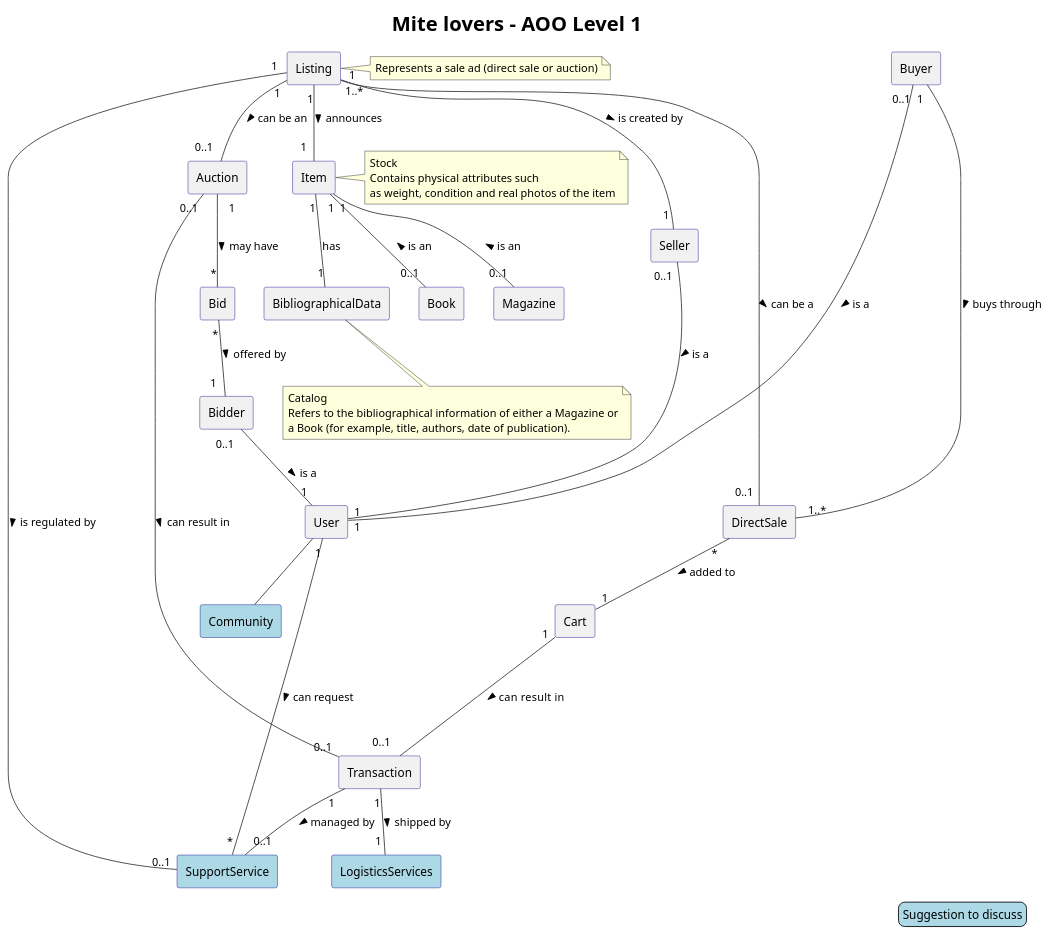
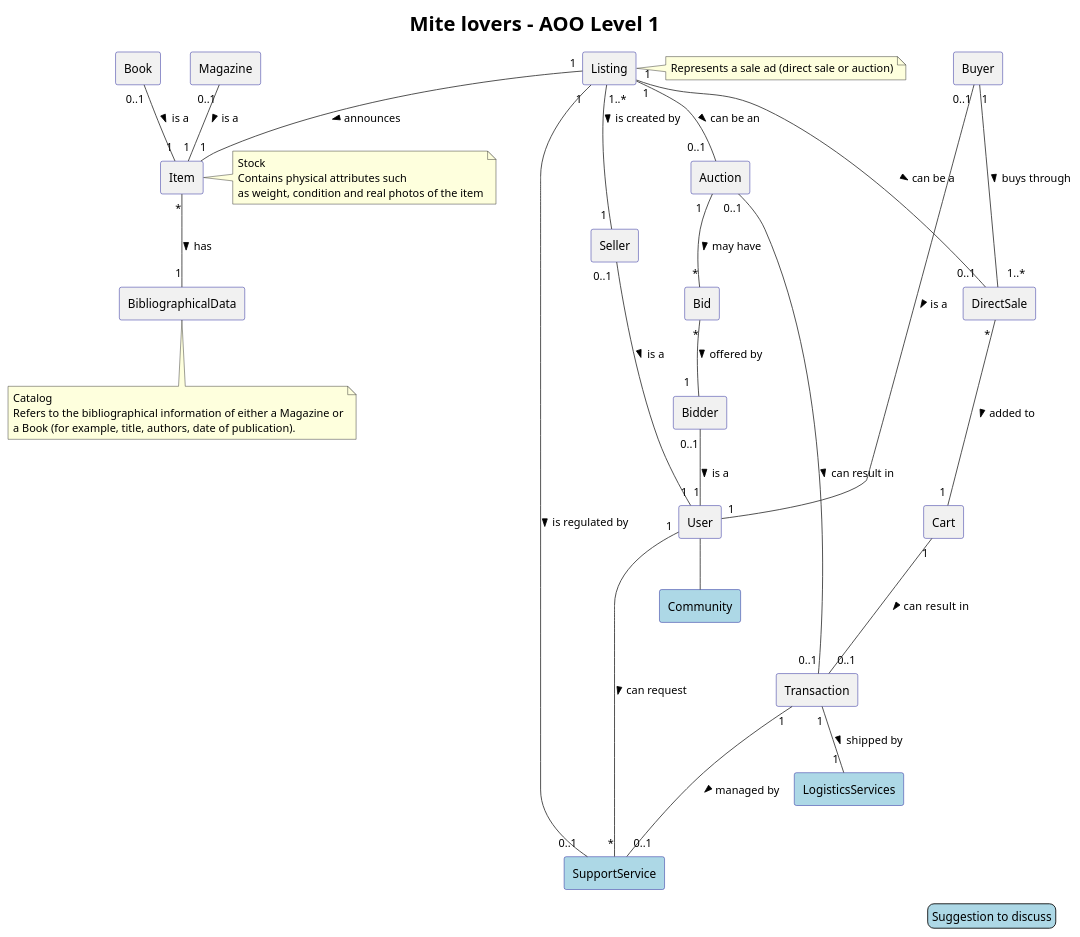
Before and after one commit to davidmarqq/MainProject_SWitCH: the diagram in DomainModel/versao2.puml, drawn with PlantUML. The commit also changed 3 other files, not shown here.

```diff
--- a/DomainModel/versao2.puml
+++ b/DomainModel/versao2.puml
@@ -1,124 +1,126 @@
 @startuml
 'https://plantuml.com/class-diagram
 
 title Mite lovers - AOO Level 1
 skinparam title {
   FontSize 24
 }
 
 
 skinparam ArrowColor #333
 skinparam ClassBackgroundColor #DDDDFF
 skinparam ClassBorderColor #0000FF
 skinparam Shadowing false
 skinparam componentStyle rectangle
 skinparam componentBorderColor DarkBlue
 skinparam component<<highlight>> {
     BackgroundColor LightBlue
 }
 skinparam legend {
   BackgroundColor LightBlue
   FontSize 14
 }
 
 legend right
  Suggestion to discuss
 end legend
 
 
 Listing "1" -- "              0..1" Auction : > can be an
 Listing "  1   " --- "  0..1 " DirectSale : > can be a
 Listing "1..*" -- "       1" Seller : > is created by
-Listing "1" -- " 1  " Item : > announces
+Listing "1" -- "1" Item : > announces
 
 note as L
     Represents a sale ad (direct sale or auction)
     end note
 
 Listing -> L
 
-Item "1" -- "0..1" Book : < is an
-Item "1" -- "0..1" Magazine : < is an
-Item "1" -- "1" BibliographicalData : has
+Book "0..1" -- "1" Item : > is a
+Magazine "0..1" -- "1" Item : > is a
+/'Item "1" - "0..1" Book : < is an
+Item "1" - "0..1" Magazine : < is an'/
+Item "*" -- "1" BibliographicalData : > has
 
 note as N
     Catalog
     Refers to the bibliographical information of either a Magazine or
     a Book (for example, title, authors, date of publication).
     end note
 
 BibliographicalData --> N
 
 note as S
     Stock
     Contains physical attributes such
     as weight, condition and real photos of the item
     end note
 
 Item - S
 
 
 
 
-Buyer "1  " ----- "  1..* " DirectSale : > buys through
+Buyer "1  " --- "  1..* " DirectSale : > buys through
 Cart "1" --- "0..1    " Transaction : > can result  in
-DirectSale "        *" -- "1 " Cart : > added to
+DirectSale "        *" --- "1 " Cart : > added to
 
 
 Auction "   1  " -- "*" Bid : > may have
 Auction "0..1" -- "0..1" Transaction : > can result in
 Bid "*" -- "                  1" Bidder : > offered by
 
 Transaction "1" -- "1 " LogisticsServices : > shipped by
 Transaction "1" -- "0..1" SupportService : > managed by
 
 Listing "  1 " --------- "0..1" SupportService : > is regulated by
 
 /'Community "1  " --- "1..*" User : > is composed of'/
 User -- Community
-Bidder "0..1   " -- "1" User : > is a
+Bidder "0..1" -- "1" User : > is a
 
 Seller "0..1 " -- "1" User : > is a
 Buyer "0..1" - "1" User : > is a
 
 User "1" -- "*" SupportService : > can request
 
 component Listing {
 }
 component Item {
 }
 component BibliographicalData {
 }
 component Seller {
 }
 component Buyer {
 }
 component Bidder {
 }
 component Bid {
 }
 component Cart {
 }
 component DirectSale {
 }
 component Transaction {
 }
 component LogisticsServices #LightBlue {
 }
 component SupportService #LightBlue{
 }
 component Community #LightBlue {
 }
 component Book{
 }
 component Magazine{
 }
 component Auction {
 }
 component User {
 }
 
 
 
 
 @enduml
```
